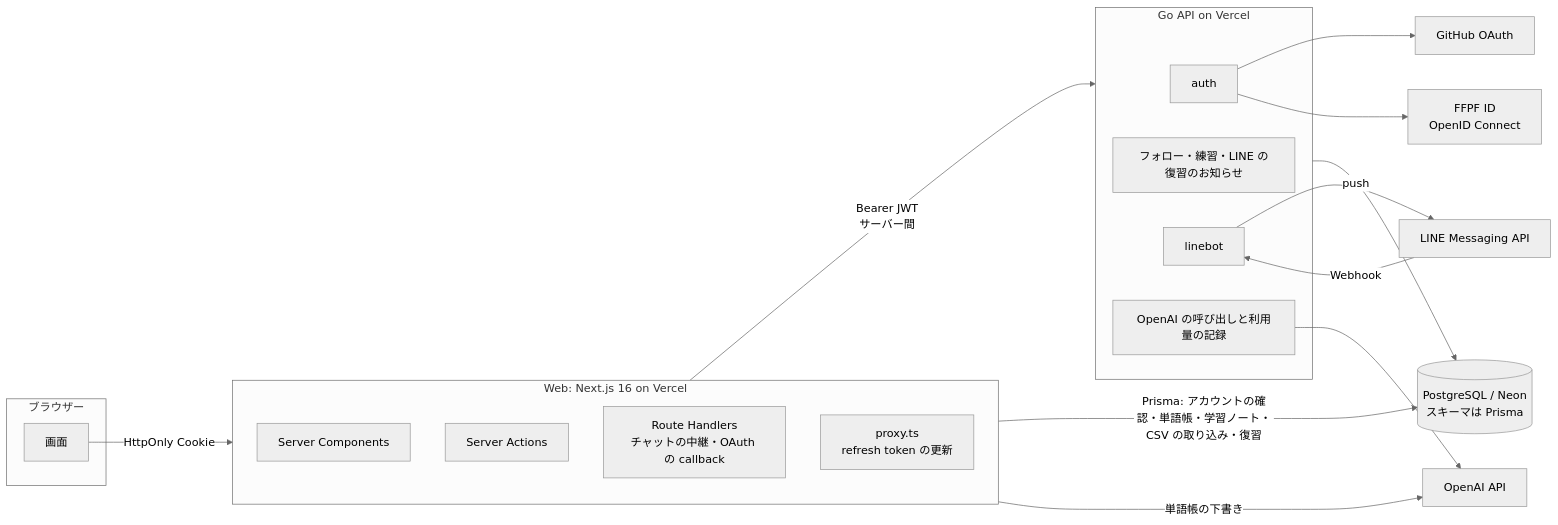
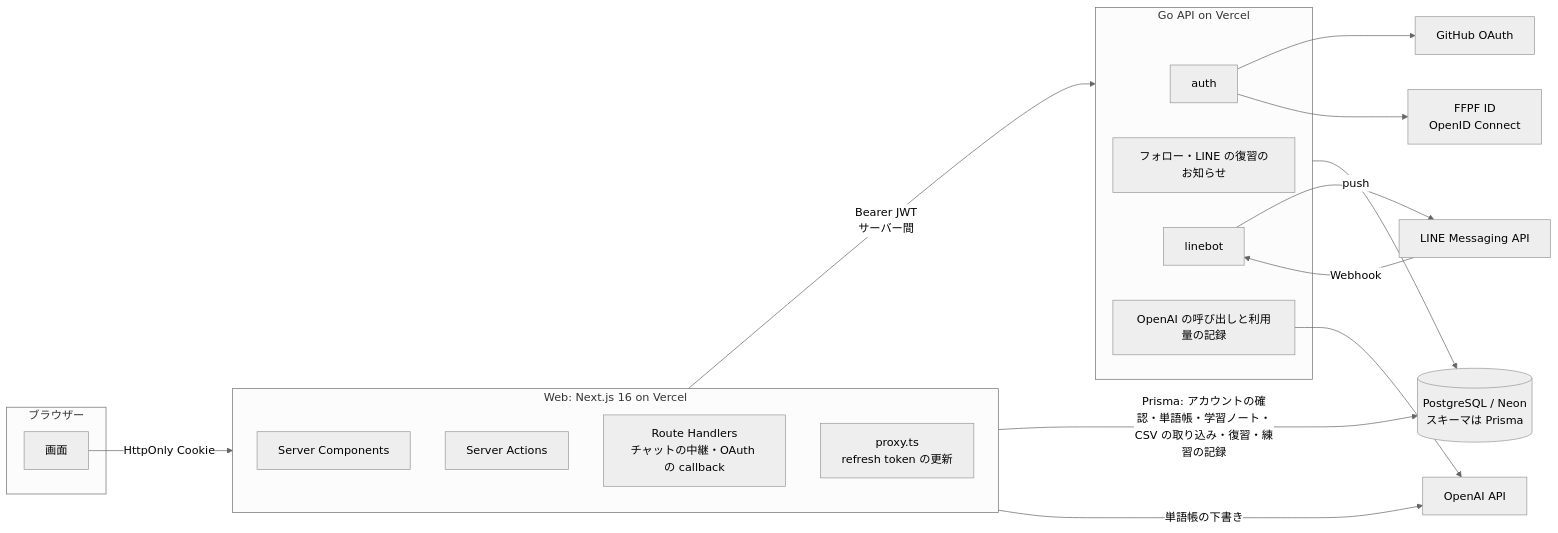
The first of 2 diagrams in docs/architecture.md (Sparklingstadt/ffpf-zhuelog), drawn with Mermaid (neutral theme) before and after one commit. The commit also changed other lines of this file and 61 other files, not shown here.

````diff
--- a/docs/architecture.md
+++ b/docs/architecture.md
@@ -7,34 +7,34 @@
 ```mermaid
 flowchart LR
   subgraph Browser[ブラウザー]
     UI[画面]
   end
   subgraph Web[Web: Next.js 16 on Vercel]
     RSC[Server Components]
     SA[Server Actions]
     RH[Route Handlers<br/>チャットの中継・OAuth の callback]
     PX[proxy.ts<br/>refresh token の更新]
   end
   subgraph API[Go API on Vercel]
     AUTH[auth]
-    DATA[フォロー・練習・LINE の復習のお知らせ]
+    DATA[フォロー・LINE の復習のお知らせ]
     LINEBOT[linebot]
     AI[OpenAI の呼び出しと利用量の記録]
   end
   DB[(PostgreSQL / Neon<br/>スキーマは Prisma)]
   OpenAI[OpenAI API]
   LINE[LINE Messaging API]
   GH[GitHub OAuth]
   FFPF[FFPF ID<br/>OpenID Connect]
 
   UI -->|HttpOnly Cookie| Web
   Web -->|Bearer JWT<br/>サーバー間| API
   API --> DB
-  Web -->|Prisma: アカウントの確認・単語帳・学習ノート・CSV の取り込み・復習| DB
+  Web -->|Prisma: アカウントの確認・単語帳・学習ノート・CSV の取り込み・復習・練習の記録| DB
   Web -->|単語帳の下書き| OpenAI
   AI --> OpenAI
   LINE -->|Webhook| LINEBOT
   LINEBOT -->|push| LINE
   AUTH --> GH
   AUTH --> FFPF
 ```
````
